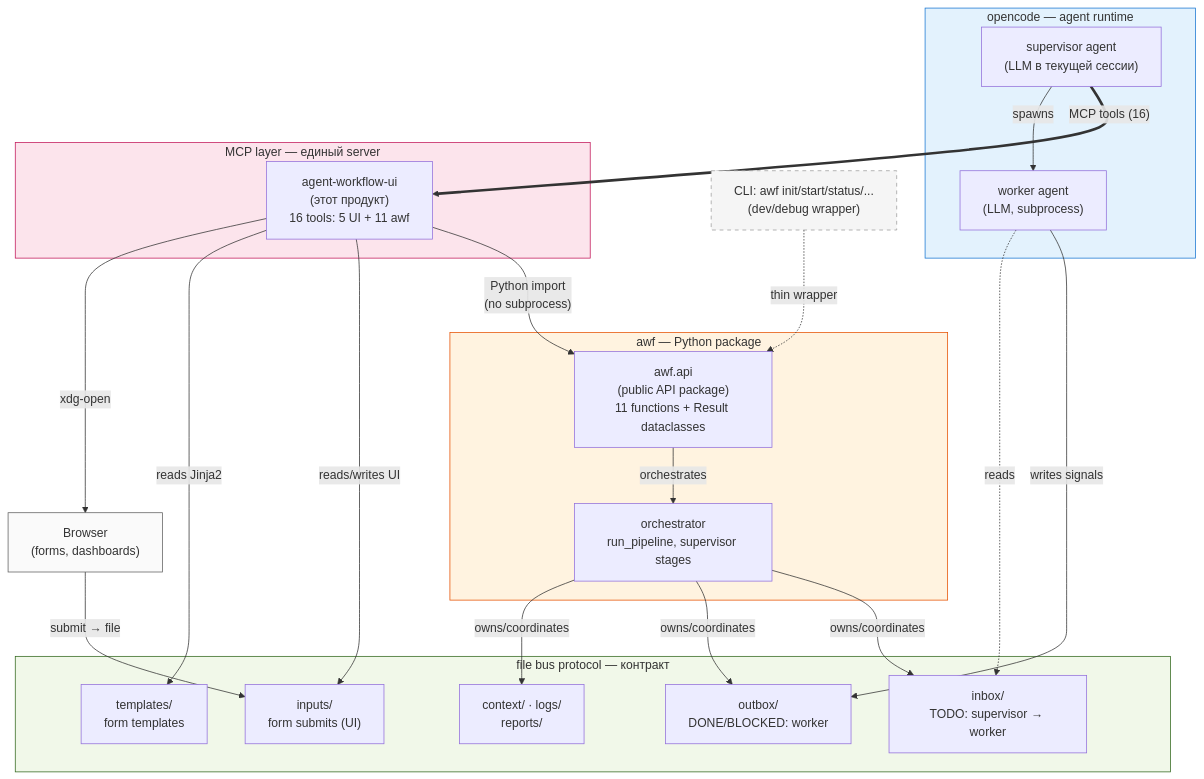
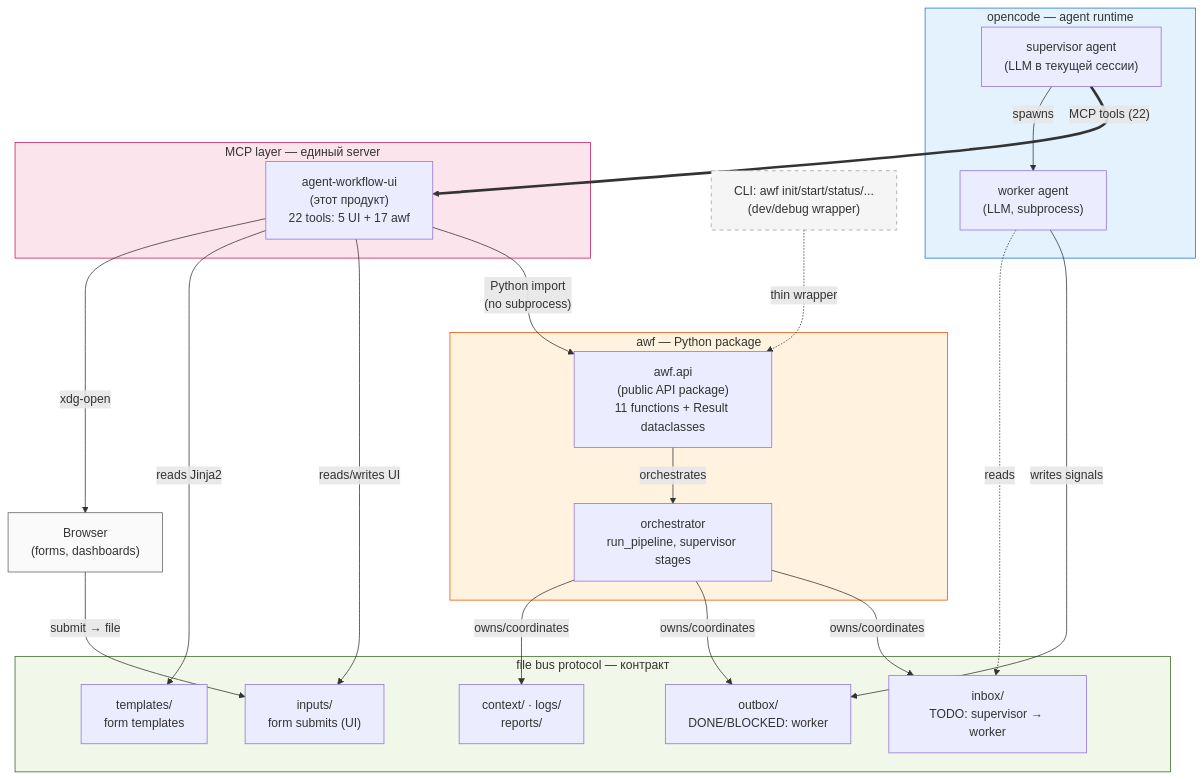
The diagram in vision/agent-ui-plugin.md (EnerJizeIT/agentic-workflow), drawn with Mermaid before and after one commit. The commit also changed other lines of this file and 6 other files, not shown here.

````diff
--- a/vision/agent-ui-plugin.md
+++ b/vision/agent-ui-plugin.md
@@ -289,52 +289,52 @@
 ```mermaid
 flowchart TD
     subgraph oc["opencode — agent runtime"]
         SA["supervisor agent<br/>(LLM в текущей сессии)"]
         WA["worker agent<br/>(LLM, subprocess)"]
     end
 
     subgraph mcp["MCP layer — единый server"]
-        PLUGIN["agent-workflow-ui<br/>(этот продукт)<br/>16 tools: 5 UI + 11 awf"]
+        PLUGIN["agent-workflow-ui<br/>(этот продукт)<br/>22 tools: 5 UI + 17 awf"]
     end
 
     subgraph awf_pkg["awf — Python package"]
         API["awf.api<br/>(public API package)<br/>11 functions + Result dataclasses"]
         ORCH["orchestrator<br/>run_pipeline, supervisor stages"]
     end
 
     subgraph bus["file bus protocol — контракт"]
         IN["inbox/<br/>TODO: supervisor → worker"]
         OUT["outbox/<br/>DONE/BLOCKED: worker"]
         INPUTS["inputs/<br/>form submits (UI)"]
         TMPL["templates/<br/>form templates"]
         CTX["context/ · logs/<br/>reports/"]
     end
 
     BR["Browser<br/>(forms, dashboards)"]
     CLI["CLI: awf init/start/status/...<br/>(dev/debug wrapper)"]
 
-    SA ==>|"MCP tools (16)"| PLUGIN
+    SA ==>|"MCP tools (22)"| PLUGIN
     SA -->|"spawns"| WA
     CLI -.->|"thin wrapper"| API
 
     PLUGIN -->|"Python import<br/>(no subprocess)"| API
     PLUGIN -->|"reads/writes UI"| INPUTS
     PLUGIN -->|"reads Jinja2"| TMPL
     PLUGIN -->|"xdg-open"| BR
     BR -->|"submit → file"| INPUTS
 
     API -->|"orchestrates"| ORCH
     ORCH -->|"owns/coordinates"| IN
     ORCH -->|"owns/coordinates"| OUT
     ORCH -->|"owns/coordinates"| CTX
 
     WA -->|"writes signals"| OUT
     WA -.->|"reads"| IN
 
     style oc fill:#e3f2fd,stroke:#1976d2
     style mcp fill:#fce4ec,stroke:#c2185b
     style awf_pkg fill:#fff3e0,stroke:#e65100
     style bus fill:#f1f8e9,stroke:#33691e
     style BR fill:#fafafa,stroke:#616161
     style CLI fill:#f5f5f5,stroke:#9e9e9e,stroke-dasharray: 5 5
 ```
````
